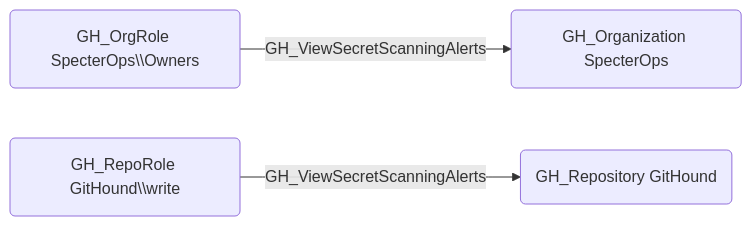
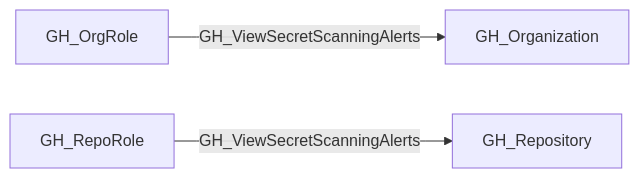
One commit to SpecterOps/bloodhound-docs changed the first of 2 diagrams in docs/opengraph/extensions/github/edges/gh_viewsecretscanningalerts.mdx. Above: the diagram before and after it, drawn with Mermaid. The commit also changed other lines of this file and 292 other files, not shown here.

````diff
--- a/docs/opengraph/extensions/github/edges/gh_viewsecretscanningalerts.mdx
+++ b/docs/opengraph/extensions/github/edges/gh_viewsecretscanningalerts.mdx
@@ -19,9 +17,9 @@
 ```mermaid
-graph LR
-    node1("GH_OrgRole SpecterOps\\Owners")
-    node2("GH_Organization SpecterOps")
-    node3("GH_RepoRole GitHound\\write")
-    node4("GH_Repository GitHound")
-    node1 -- GH_ViewSecretScanningAlerts --> node2
-    node3 -- GH_ViewSecretScanningAlerts --> node4
+flowchart LR
+    GH_Organization["GH_Organization"]
+    GH_OrgRole["GH_OrgRole"]
+    GH_RepoRole["GH_RepoRole"]
+    GH_Repository["GH_Repository"]
+    GH_OrgRole -- GH_ViewSecretScanningAlerts --> GH_Organization
+    GH_RepoRole -- GH_ViewSecretScanningAlerts --> GH_Repository
 ```
````
